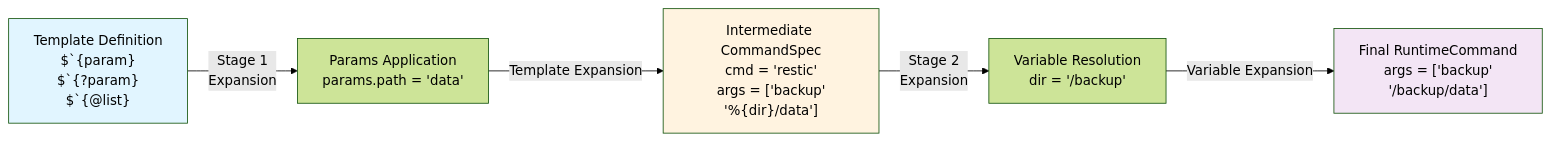
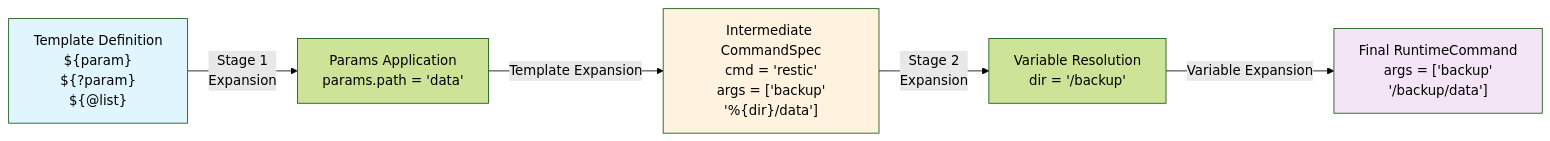
One commit to isseis/go-safe-cmd-runner changed the fourth of 11 diagrams in docs/tasks/0062_command_templates/02_architecture.md. Above: the diagram before and after it, drawn with Mermaid (forest theme).

````diff
--- a/docs/tasks/0062_command_templates/02_architecture.md
+++ b/docs/tasks/0062_command_templates/02_architecture.md
@@ -157,17 +157,17 @@
 ```mermaid
 graph LR
-    A["Template Definition<br/>$`{param}<br/>$`{?param}<br/>$`{@list}"]
+    A["Template Definition<br/>${param}<br/>${?param}<br/>${@list}"]
     B["Params Application<br/>params.path = 'data'"]
     C["Intermediate CommandSpec<br/>cmd = 'restic'<br/>args = ['backup'<br/>'%{dir}/data']"]
     D["Variable Resolution<br/>dir = '/backup'"]
     E["Final RuntimeCommand<br/>args = ['backup'<br/>'/backup/data']"]
 
     A -->|Stage 1<br/>Expansion| B
     B -->|Template Expansion| C
     C -->|Stage 2<br/>Expansion| D
     D -->|Variable Expansion| E
 
     style A fill:#e1f5ff
     style C fill:#fff3e0
     style E fill:#f3e5f5
 ```
````
